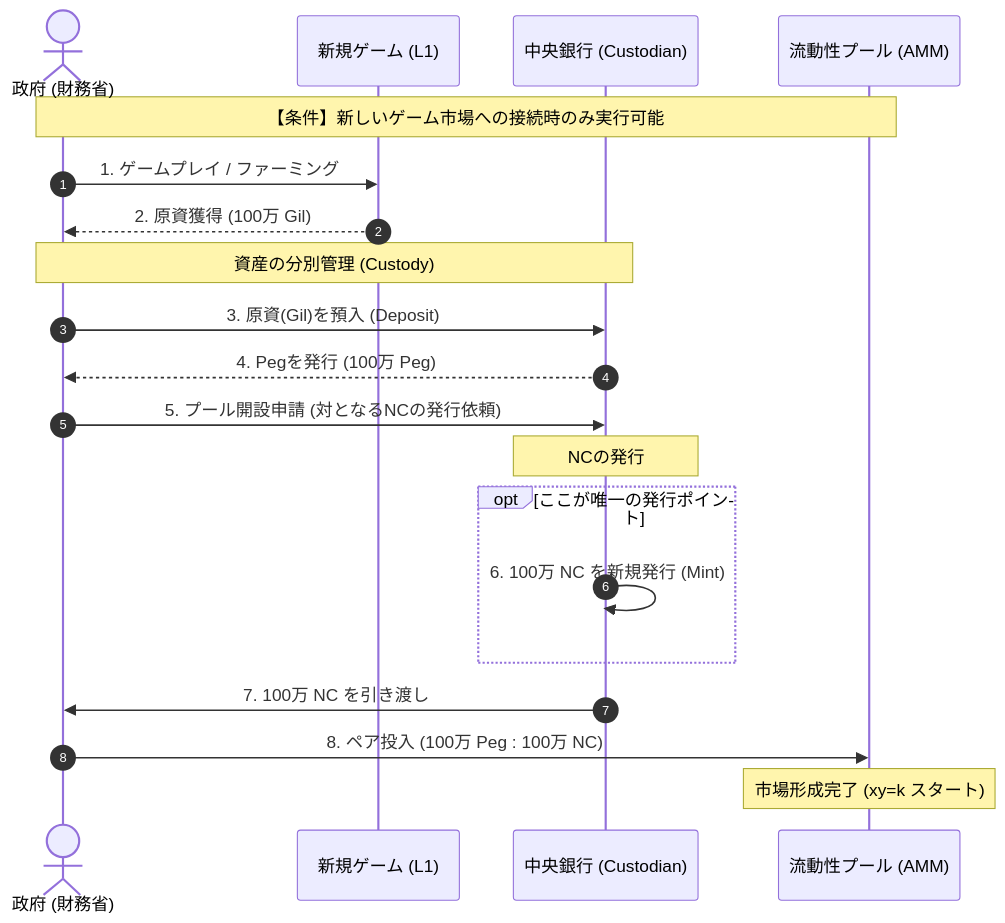
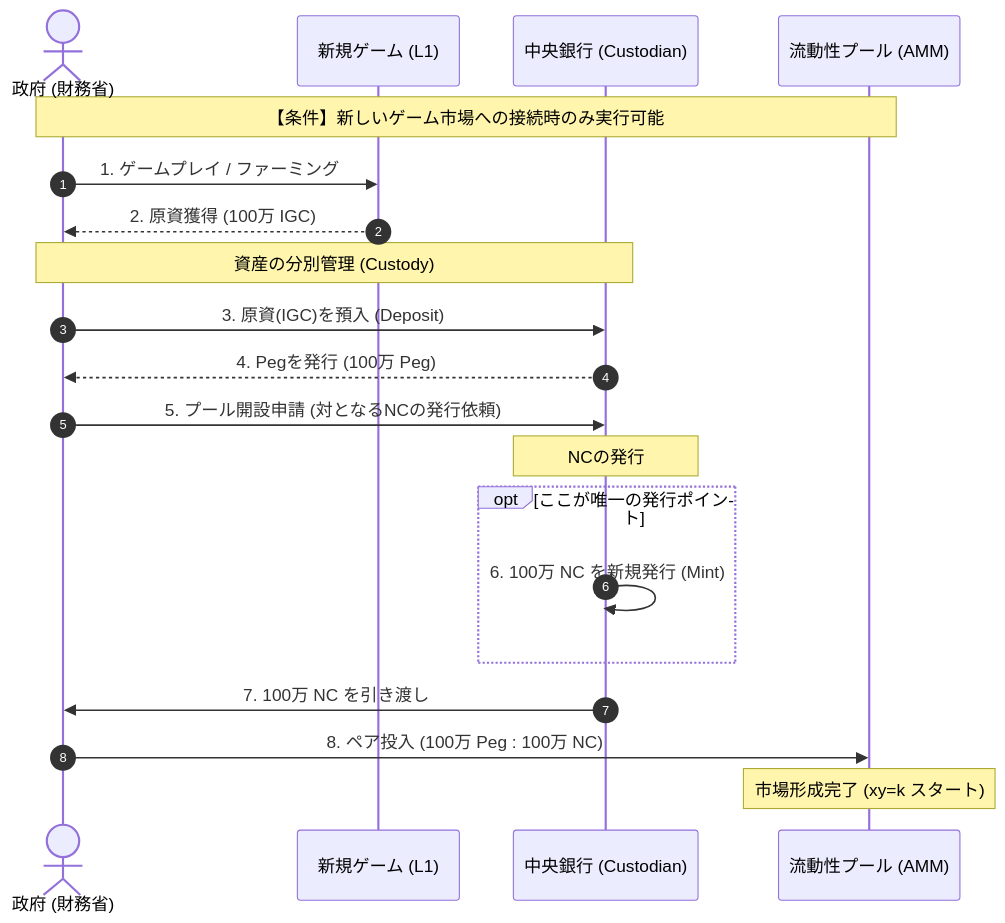
One commit to h4ribote/share_doc changed the first of 3 diagrams in MMOBank/Cash_flow_mermaid.md. Above: the diagram before and after it, drawn with Mermaid.

````diff
--- a/MMOBank/Cash_flow_mermaid.md
+++ b/MMOBank/Cash_flow_mermaid.md
@@ -5,30 +5,30 @@
 ```mermaid
 sequenceDiagram
     autonumber
     actor Gov as 政府 (財務省)
     participant Game as 新規ゲーム (L1)
     participant Bank as 中央銀行 (Custodian)
     participant Pool as 流動性プール (AMM)
 
     Note over Gov, Pool: 【条件】新しいゲーム市場への接続時のみ実行可能
 
     Gov->>Game: 1. ゲームプレイ / ファーミング
-    Game-->>Gov: 2. 原資獲得 (100万 Gil)
+    Game-->>Gov: 2. 原資獲得 (100万 IGC)
 
     Note over Gov, Bank: 資産の分別管理 (Custody)
-    Gov->>Bank: 3. 原資(Gil)を預入 (Deposit)
+    Gov->>Bank: 3. 原資(IGC)を預入 (Deposit)
     Bank-->>Gov: 4. Pegを発行 (100万 Peg)
 
     Gov->>Bank: 5. プール開設申請 (対となるNCの発行依頼)
 
     Note over Bank: NCの発行
     opt ここが唯一の発行ポイント
         Bank->>Bank: 6. 100万 NC を新規発行 (Mint)
     end
 
     Bank->>Gov: 7. 100万 NC を引き渡し
     
     Gov->>Pool: 8. ペア投入 (100万 Peg : 100万 NC)
     Note over Pool: 市場形成完了 (xy=k スタート)
 
 ```
````
